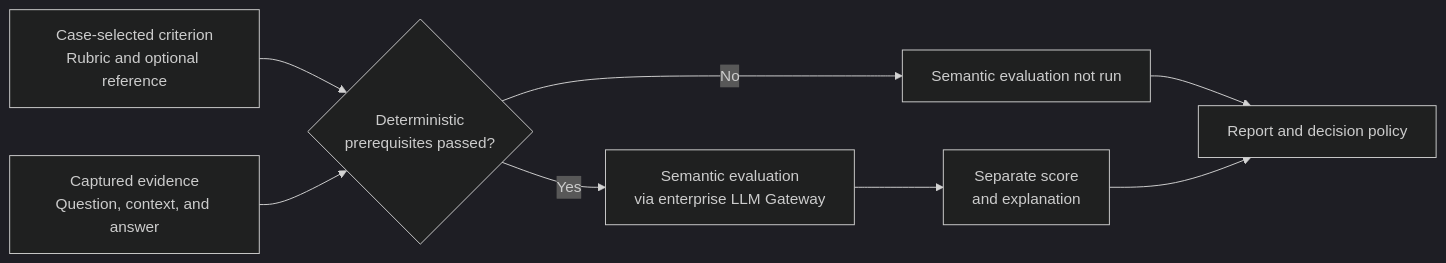
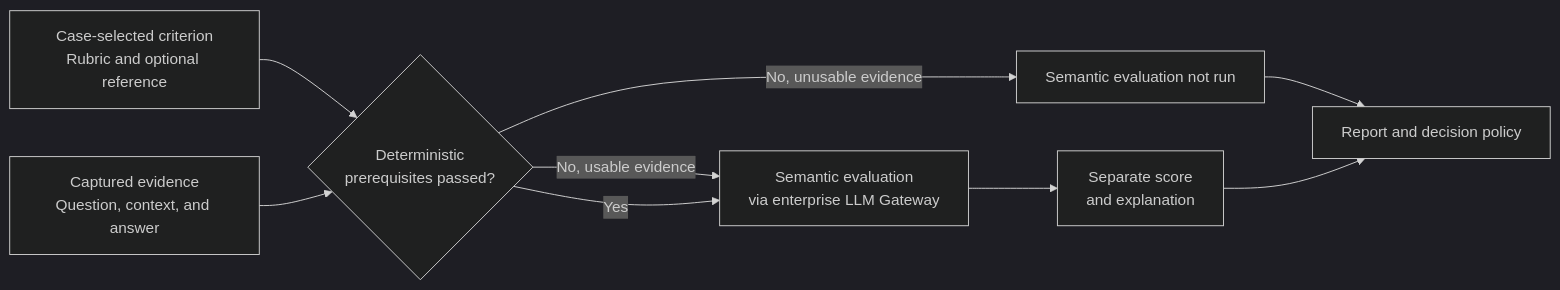
Before and after one commit to AlexGrisin/retrieval-eval-poc: the third of 3 diagrams in confluence/EVALUATION_PROCESS_FLOW.md, drawn with Mermaid (dark theme). The commit also changed other lines of this file and 10 other files, not shown here.

````diff
--- a/confluence/EVALUATION_PROCESS_FLOW.md
+++ b/confluence/EVALUATION_PROCESS_FLOW.md
@@ -140,15 +145,16 @@
 ```mermaid
 flowchart LR
     DEFINITION["Case-selected criterion<br/>Rubric and optional reference"]
     EVIDENCE["Captured evidence<br/>Question, context, and answer"]
     GATE{"Deterministic<br/>prerequisites passed?"}
     NOT_RUN["Semantic evaluation not run"]
     JUDGE["Semantic evaluation<br/>via enterprise LLM Gateway"]
     RESULT["Separate score<br/>and explanation"]
     REPORT["Report and decision policy"]
 
     DEFINITION --> GATE
     EVIDENCE --> GATE
-    GATE -->|No| NOT_RUN --> REPORT
+    GATE -->|No, unusable evidence| NOT_RUN --> REPORT
+    GATE -->|No, usable evidence| JUDGE
     GATE -->|Yes| JUDGE --> RESULT --> REPORT
 ```
````
